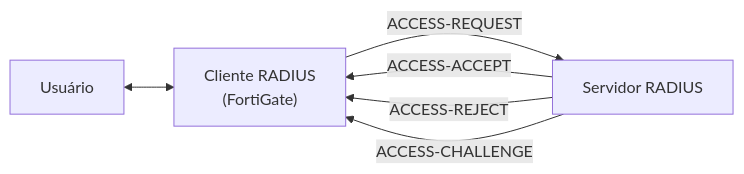
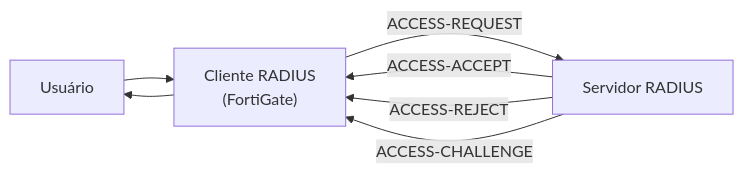
The second of 2 diagrams in 3. Fortinet/3. Conceitos - FortiGate/3.4. Firewall_Authemtication/343_Autenticação_Remorta.md (AlexPiresFerreira/Network-Security), drawn with Mermaid before and after one commit. The commit also changed other lines of this file and 6 other files, not shown here.

````diff
--- a/3. Fortinet/3. Conceitos - FortiGate/3.4. Firewall_Authemtication/343_Autenticação_Remorta.md
+++ b/3. Fortinet/3. Conceitos - FortiGate/3.4. Firewall_Authemtication/343_Autenticação_Remorta.md
@@ -31,8 +106,9 @@
 ```mermaid
 flowchart LR
-    U["Usuário"] <--> F["Cliente RADIUS<br/>(FortiGate)"]
+    U["Usuário"] --> F["Cliente RADIUS<br/>(FortiGate)"]
     F -->|"ACCESS-REQUEST"| S["Servidor RADIUS"]
     S -->|"ACCESS-ACCEPT"| F
     S -->|"ACCESS-REJECT"| F
     S -->|"ACCESS-CHALLENGE"| F
+    F --> U
 ```
````
